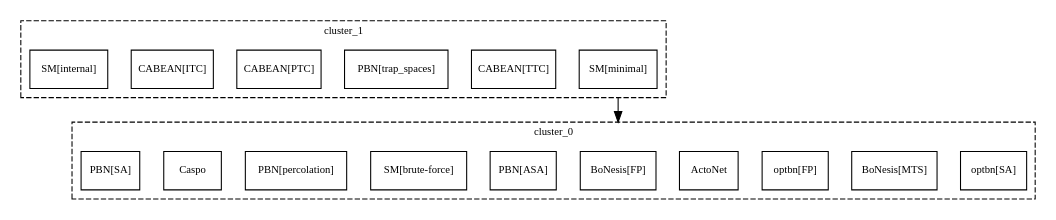
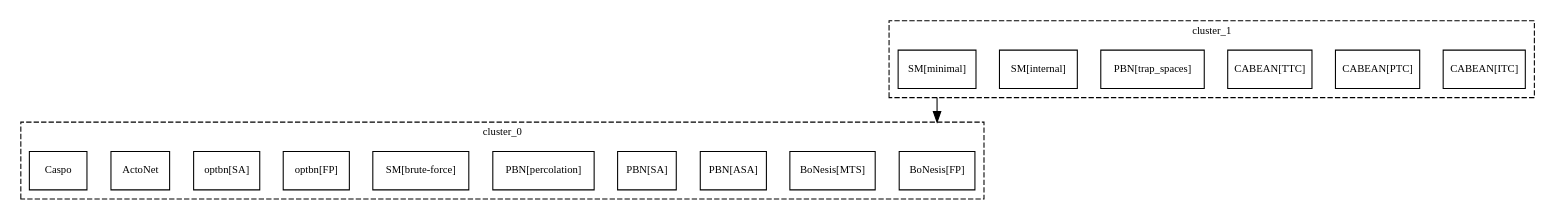
One commit to kalebmoon07/BN-control-taxonomy changed the diagram in experiments/results/practical/Myeloid/_graph_tred.dot. Above: the diagram before and after it, drawn with Graphviz. The commit also changed other lines of this file and 104 other files, not shown here.

```diff
--- a/experiments/results/practical/Myeloid/_graph_tred.dot
+++ b/experiments/results/practical/Myeloid/_graph_tred.dot
@@ -1,32 +1,32 @@
 strict digraph G {
 graph [fontsize=10, fontname=Verdana, compound=true];
 node [shape=record, fontsize=10, fontname=Verdana];
 graph [nodesep=0.3, ranksep=0.8];
 subgraph cluster_0 {
 label="cluster_0";
 graph [style=dashed, color=black];
+"BoNesis[FP]";
+"BoNesis[MTS]";
+"PBN[ASA]";
+"PBN[SA]";
+"PBN[percolation]";
+"SM[brute-force]";
+"optbn[FP]";
 "optbn[SA]";
-"BoNesis[MTS]";
-"optbn[FP]";
 ActoNet;
-"BoNesis[FP]";
-"PBN[ASA]";
-"SM[brute-force]";
-"PBN[percolation]";
 Caspo;
-"PBN[SA]";
 }
 
 subgraph cluster_1 {
 label="cluster_1";
 graph [style=dashed, color=black];
-"SM[minimal]";
+"CABEAN[ITC]";
+"CABEAN[PTC]";
 "CABEAN[TTC]";
 "PBN[trap_spaces]";
-"CABEAN[PTC]";
-"CABEAN[ITC]";
 "SM[internal]";
+"SM[minimal]";
 }
 
 "SM[minimal]" -> "BoNesis[FP]" [ltail="cluster_1", lhead="cluster_0"];
 }
```
